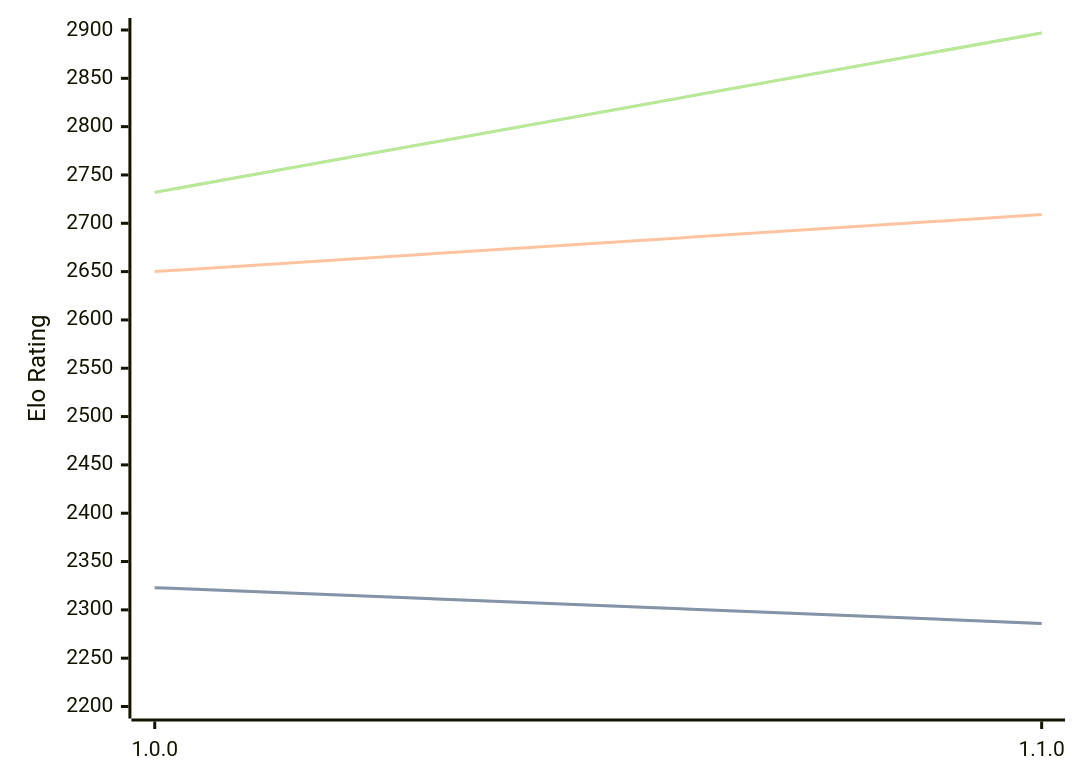
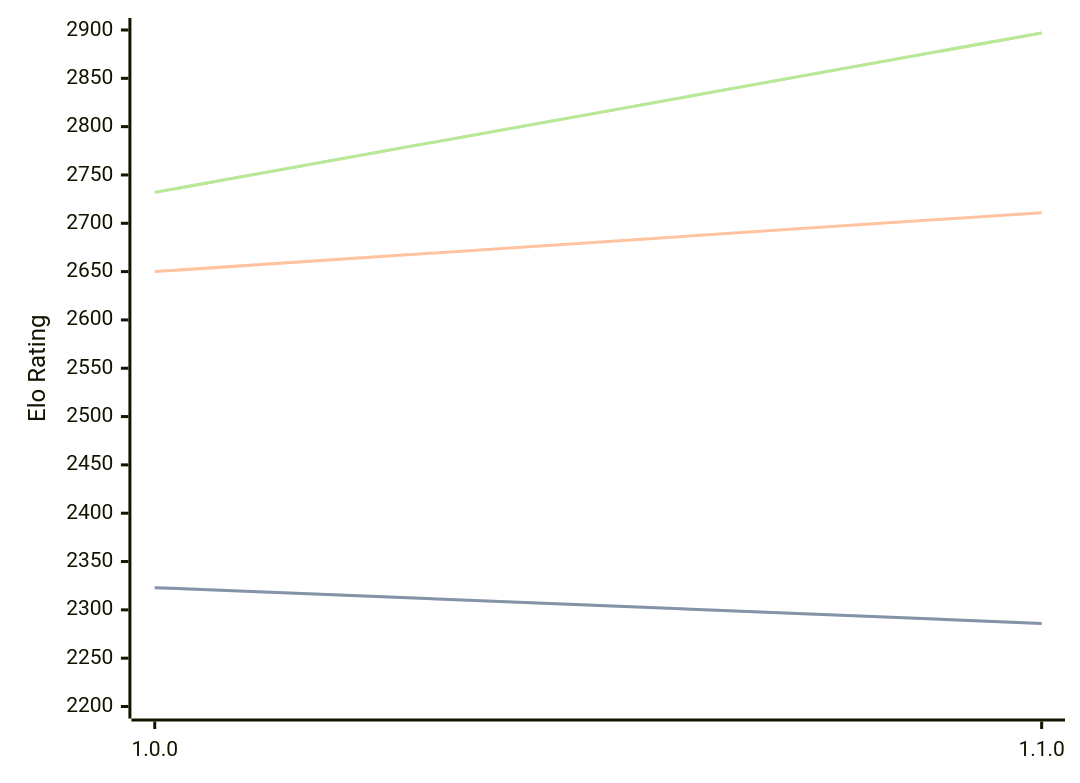
One commit to computer-chess-index/cci changed the diagram in engines/ShallowGuess.md. Above: the diagram before and after it, drawn with Mermaid. The commit also changed other lines of this file, not shown here.

````diff
--- a/engines/ShallowGuess.md
+++ b/engines/ShallowGuess.md
@@ -36,11 +36,11 @@
 ```mermaid
 %%{init: {"theme":"base","themeVariables":{"seriesColors:['#a3a3a3','#222221','#faa371']}}}%%
 xychart-beta
   x-axis ["1.0.0", "1.1.0"]
   y-axis "Elo Rating" 2200 --> 2900
   line "STC (8.0+0.08s)" [2323, 2286]
   line "STC (8.0+0.08s)" [2323, 2286]
-  line "LTC (60.0+0.60s)" [2650, 2709]
+  line "LTC (60.0+0.60s)" [2650, 2711]
   line "VLTC (2m24s+1.12s)" [2732, 2897]
   line "VLTC (2m24s+1.12s)" [2732, 2897]
 ```
````
